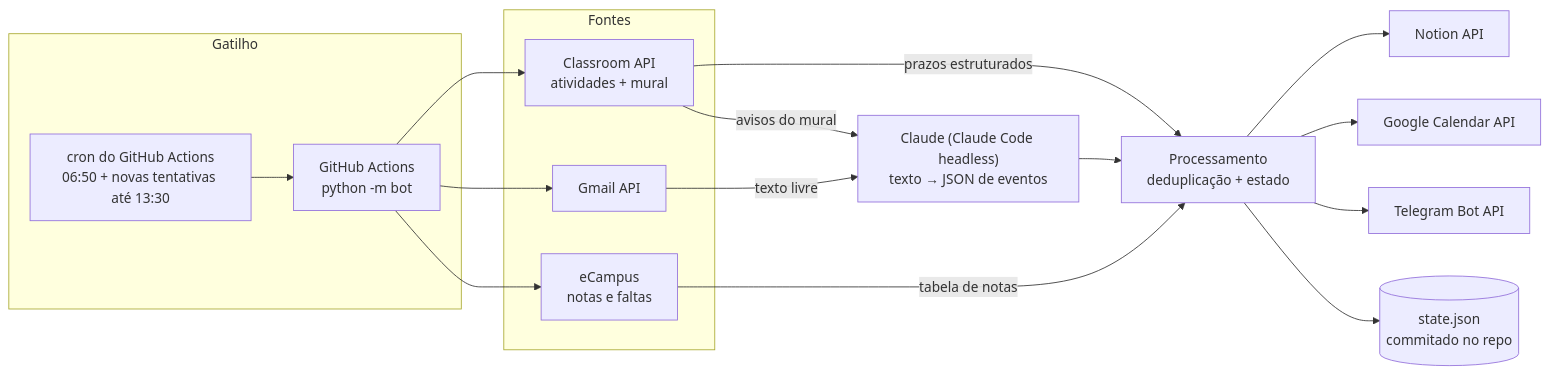
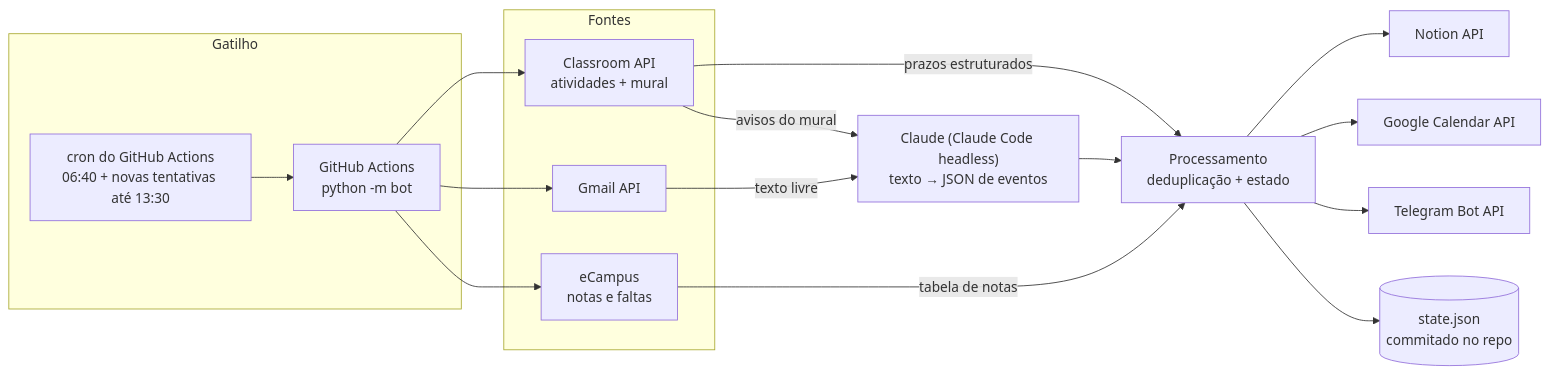
The diagram in README.md (samymallmann/assistente-academico), drawn with Mermaid before and after one commit. The commit also changed 1 other file, not shown here.

Commit message:
Antecipa o bot para 6:40

````diff
--- a/README.md
+++ b/README.md
@@ -57,25 +57,25 @@
 ```mermaid
 flowchart LR
     subgraph Gatilho
-        CR["cron do GitHub Actions<br/>06:50 + novas tentativas até 13:30"] --> GA
+        CR["cron do GitHub Actions<br/>06:40 + novas tentativas até 13:30"] --> GA
     end
     GA["GitHub Actions<br/>python -m bot"]
 
     subgraph Fontes
         CL["Classroom API<br/>atividades + mural"]
         GM["Gmail API"]
         EC["eCampus<br/>notas e faltas"]
     end
 
     GA --> CL & GM & EC
     CL -->|prazos estruturados| PROC
     EC -->|tabela de notas| PROC
     GM -->|texto livre| LLM
     CL -->|avisos do mural| LLM
     LLM["Claude (Claude Code headless)<br/>texto → JSON de eventos"] --> PROC
 
     PROC["Processamento<br/>deduplicação + estado"] --> NO["Notion API"]
     PROC --> CA["Google Calendar API"]
     PROC --> TG["Telegram Bot API"]
     PROC --> ST[("state.json<br/>commitado no repo")]
 ```
````
